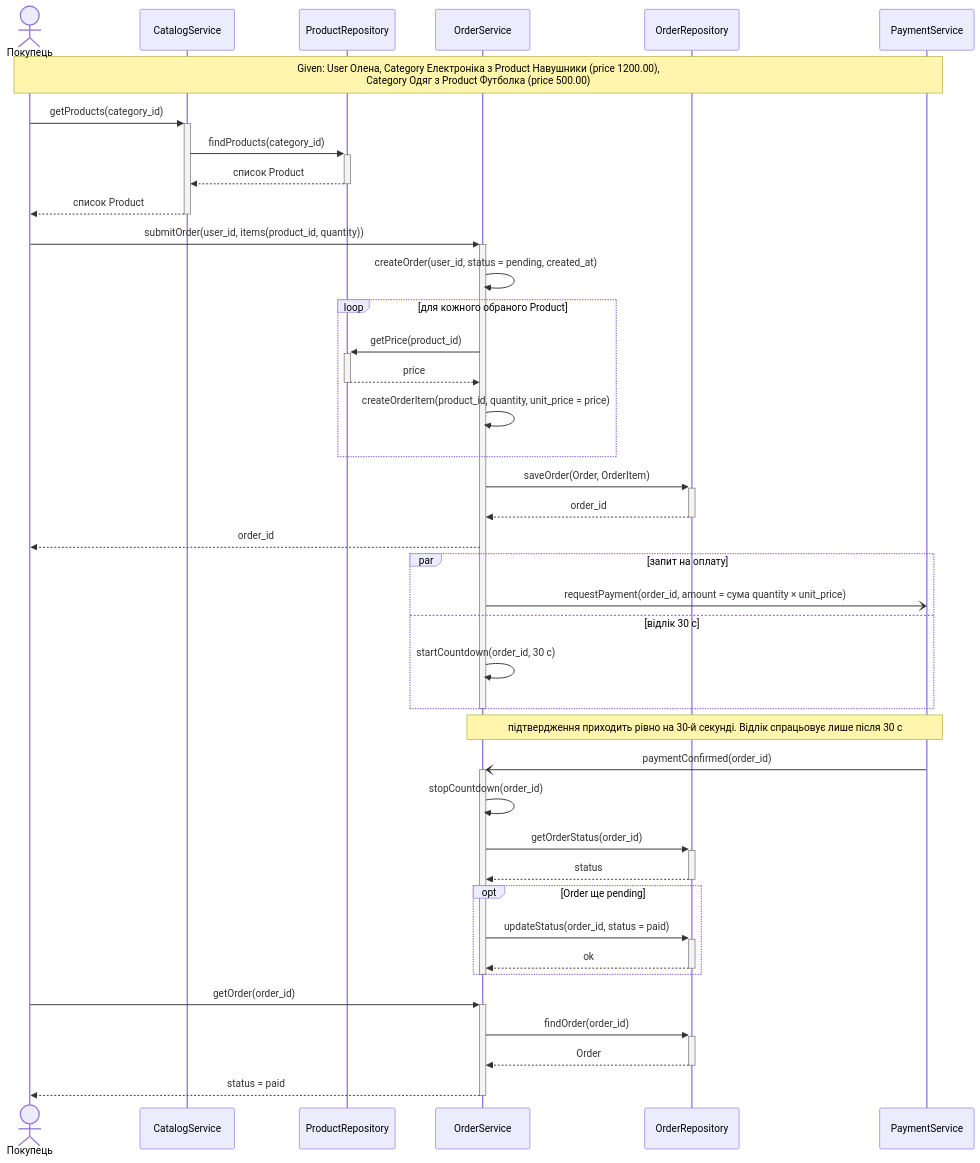
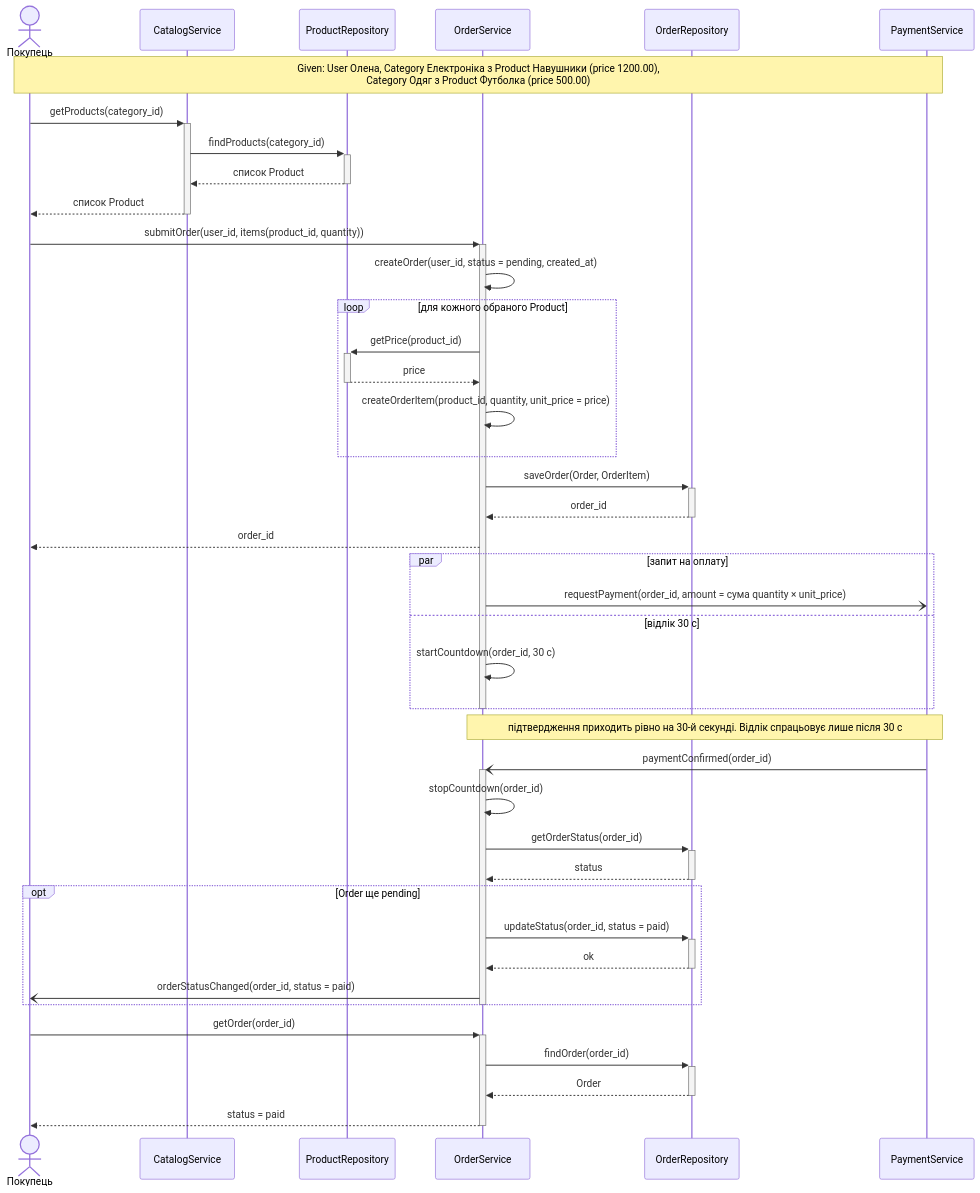
Before and after one commit to linamalina238/kpilab: the first of 3 diagrams in lab3/sequence-diagrams.md, drawn with Mermaid. The commit also changed other lines of this file and 2 other files, not shown here.

````diff
--- a/lab3/sequence-diagrams.md
+++ b/lab3/sequence-diagrams.md
@@ -5,49 +5,50 @@
 ```mermaid
 sequenceDiagram
     actor B as Покупець
     participant C as CatalogService
     participant PR as ProductRepository
     participant O as OrderService
     participant OR as OrderRepository
     participant PS as PaymentService
 
     Note over B,PS: Given: User Олена, Category Електроніка з Product Навушники (price 1200.00),<br/>Category Одяг з Product Футболка (price 500.00)
     B->>+C: getProducts(category_id)
     C->>+PR: findProducts(category_id)
     PR-->>-C: список Product
     C-->>-B: список Product
 
     B->>+O: submitOrder(user_id, items(product_id, quantity))
     O->>O: createOrder(user_id, status = pending, created_at)
     loop для кожного обраного Product
         O->>+PR: getPrice(product_id)
         PR-->>-O: price
         O->>O: createOrderItem(product_id, quantity, unit_price = price)
     end
     O->>+OR: saveOrder(Order, OrderItem)
     OR-->>-O: order_id
     O-->>B: order_id
 
     par запит на оплату
         O-)PS: requestPayment(order_id, amount = сума quantity × unit_price)
     and відлік 30 с
         O->>O: startCountdown(order_id, 30 с)
     end
     deactivate O
 
     Note over O,PS: підтвердження приходить рівно на 30-й секунді. Відлік спрацьовує лише після 30 с
     PS-)+O: paymentConfirmed(order_id)
     O->>O: stopCountdown(order_id)
     O->>+OR: getOrderStatus(order_id)
     OR-->>-O: status
     opt Order ще pending
         O->>+OR: updateStatus(order_id, status = paid)
         OR-->>-O: ok
+        O-)B: orderStatusChanged(order_id, status = paid)
     end
     deactivate O
 
     B->>+O: getOrder(order_id)
     O->>+OR: findOrder(order_id)
     OR-->>-O: Order
     O-->>-B: status = paid
 ```
````
